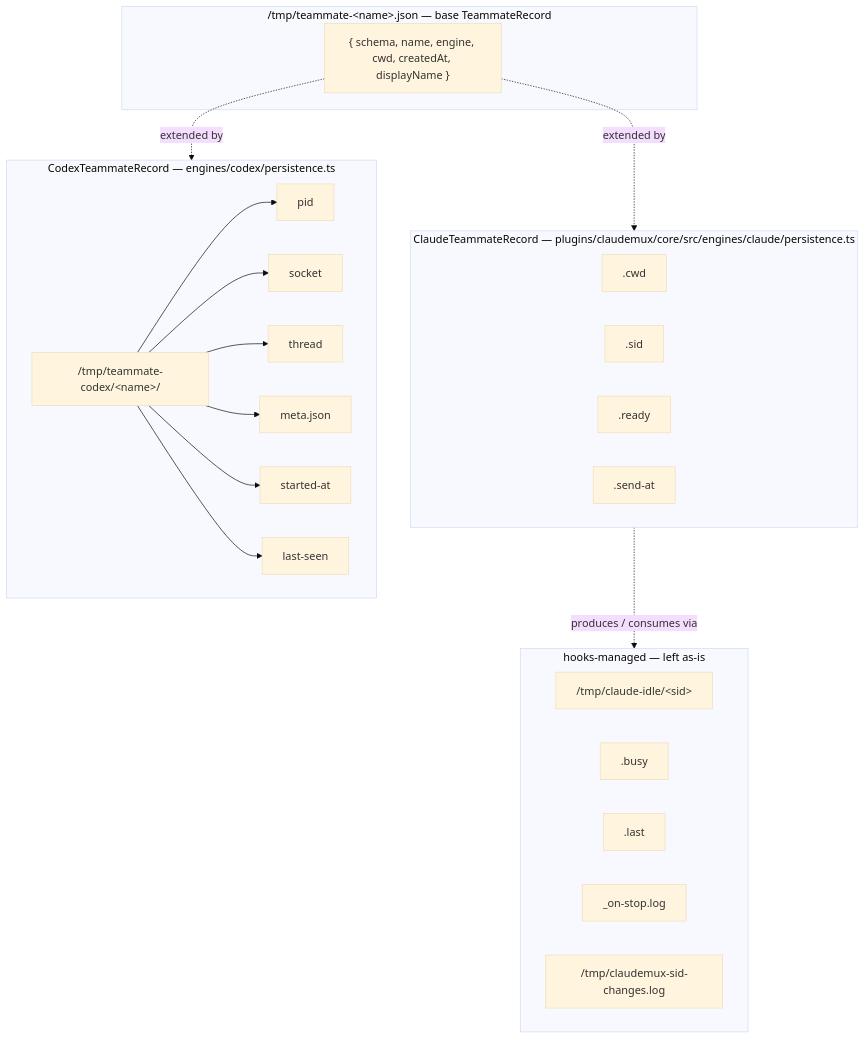
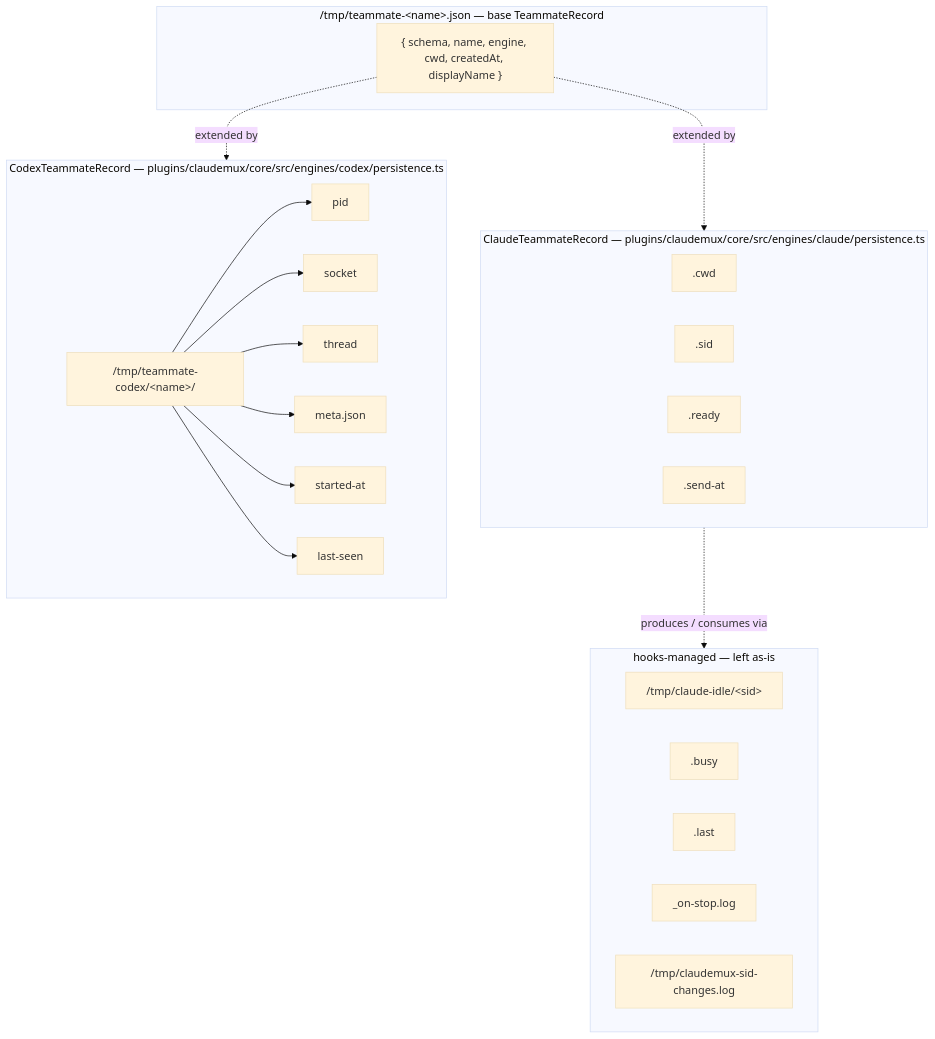
Before and after one commit to leo2128/claudemux: the third of 3 diagrams in .agents/decisions/0024-multi-engine-tui-architecture.md, drawn with Mermaid (base theme).

Commit message:
docs: ADR 0024 amend follow-up — fix symmetric Mermaid label
- Expand the Codex TeammateRecord Mermaid label to the full repo-root path.

- Keep this follow-up limited to the PR #49 P2 review leftover.

- CI dist-staleness failure is unrelated to this docs amend and remains a next-level issue.

````diff
--- a/.agents/decisions/0024-multi-engine-tui-architecture.md
+++ b/.agents/decisions/0024-multi-engine-tui-architecture.md
@@ -328,41 +328,41 @@
 ```mermaid
 flowchart TB
   subgraph BASE["/tmp/teammate-&lt;name&gt;.json  —  base TeammateRecord"]
     base["{ schema, name, engine, cwd, createdAt, displayName }"]
   end
 
   subgraph CE_EXT["ClaudeTeammateRecord — plugins/claudemux/core/src/engines/claude/persistence.ts"]
     ccwd[".cwd"]
     csid[".sid"]
     cready[".ready"]
     csend[".send-at"]
   end
 
-  subgraph CX_EXT["CodexTeammateRecord — engines/codex/persistence.ts"]
+  subgraph CX_EXT["CodexTeammateRecord — plugins/claudemux/core/src/engines/codex/persistence.ts"]
     xroot["/tmp/teammate-codex/&lt;name&gt;/"]
     xpid["pid"]
     xsock["socket"]
     xthr["thread"]
     xmeta["meta.json"]
     xstart["started-at"]
     xseen["last-seen"]
     xroot --> xpid
     xroot --> xsock
     xroot --> xthr
     xroot --> xmeta
     xroot --> xstart
     xroot --> xseen
   end
 
   subgraph HOOKS["hooks-managed — left as-is"]
     hidle["/tmp/claude-idle/&lt;sid&gt;"]
     hbusy[".busy"]
     hlast[".last"]
     hlog["_on-stop.log"]
     hslog["/tmp/claudemux-sid-changes.log"]
   end
 
   base -. "extended by" .-> CE_EXT
   base -. "extended by" .-> CX_EXT
   CE_EXT -. "produces / consumes via" .-> HOOKS
 ```
````
